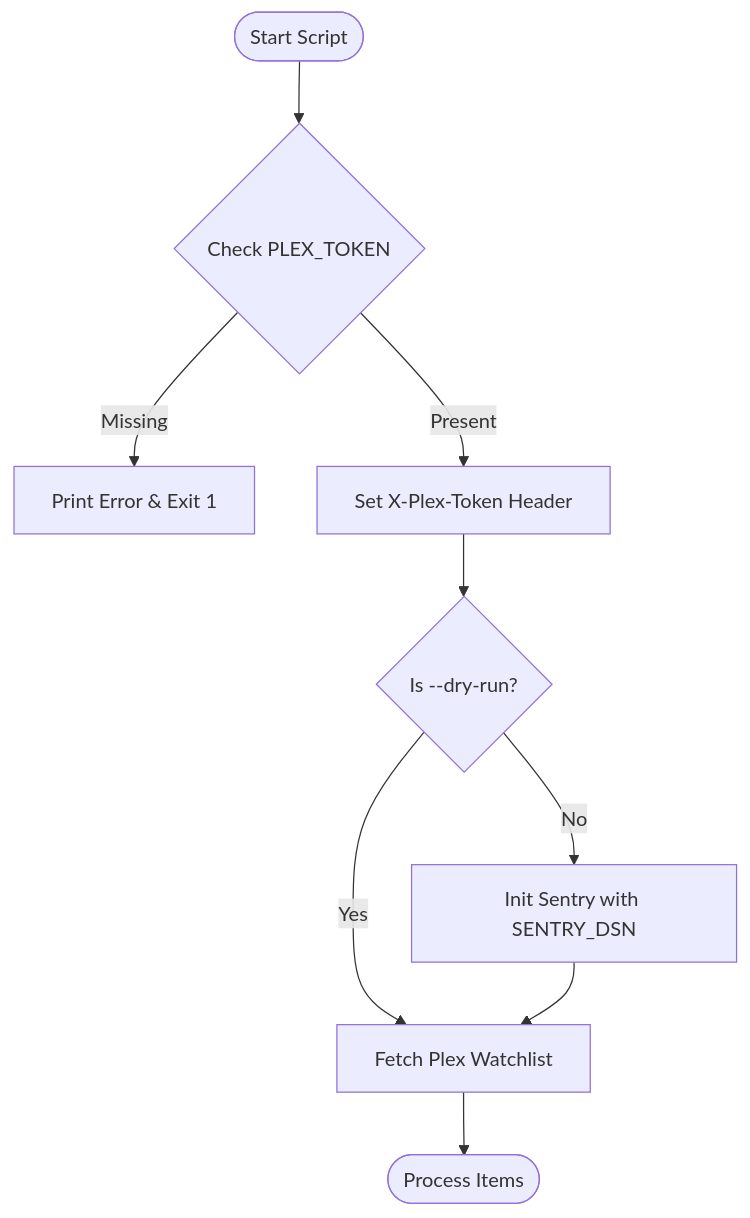
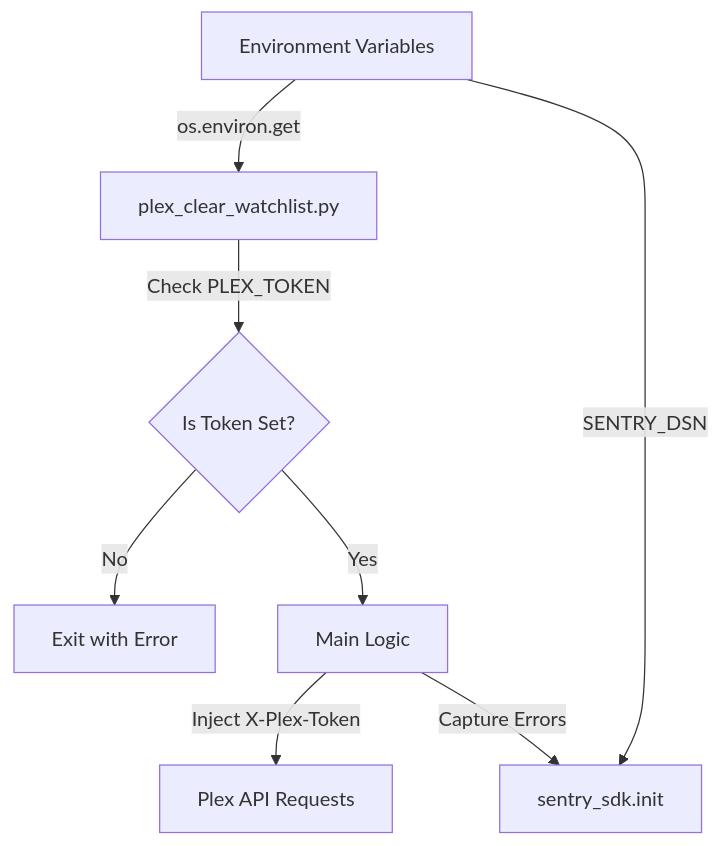
The diagram in .cubic/wiki/04-sec-config/02-page-env-vars.md (Avkroken/Docker-idempotent-update), drawn with Mermaid before and after one commit. The commit also changed other lines of this file and 42 other files, not shown here.

````diff
--- a/.cubic/wiki/04-sec-config/02-page-env-vars.md
+++ b/.cubic/wiki/04-sec-config/02-page-env-vars.md
@@ -51,11 +43,10 @@
 ```mermaid
 flowchart TD
-    Start([Start Script]) --> CheckPlexToken{Check PLEX_TOKEN}
-    CheckPlexToken -- Missing --> ErrorExit[Print Error & Exit 1]
-    CheckPlexToken -- Present --> SetHeaders[Set X-Plex-Token Header]
-    SetHeaders --> CheckDryRun{Is --dry-run?}
-    CheckDryRun -- No --> SentryInit[Init Sentry with SENTRY_DSN]
-    CheckDryRun -- Yes --> FetchWatchlist[Fetch Plex Watchlist]
-    SentryInit --> FetchWatchlist
-    FetchWatchlist --> End([Process Items])
+    EnvVars[Environment Variables] -->|os.environ.get| Script[plex_clear_watchlist.py]
+    Script -->|Check PLEX_TOKEN| AuthCheck{Is Token Set?}
+    AuthCheck -->|No| Exit[Exit with Error]
+    AuthCheck -->|Yes| Logic[Main Logic]
+    Logic -->|Inject X-Plex-Token| API[Plex API Requests]
+    EnvVars -->|SENTRY_DSN| SentryInit[sentry_sdk.init]
+    Logic -->|Capture Errors| SentryInit
 ```
````
